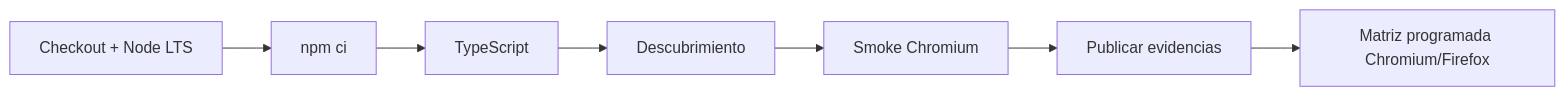
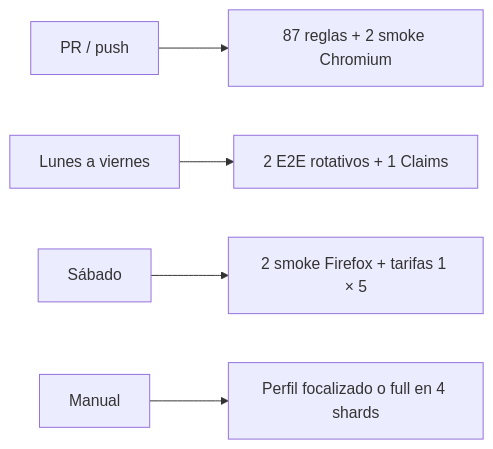
One commit to Automatizacion-WeeCompany/AutomatizacionAF changed the diagram in docs/OPERACION-Y-MANTENIMIENTO.md. Above: the diagram before and after it, drawn with Mermaid. The commit also changed other lines of this file and 66 other files, not shown here.

````diff
--- a/docs/OPERACION-Y-MANTENIMIENTO.md
+++ b/docs/OPERACION-Y-MANTENIMIENTO.md
@@ -85,9 +86,7 @@
 ```mermaid
 flowchart LR
-    A["Checkout + Node LTS"] --> B["npm ci"]
-    B --> C["TypeScript"]
-    C --> D["Descubrimiento"]
-    D --> E["Smoke Chromium"]
-    E --> F["Publicar evidencias"]
-    F --> G["Matriz programada Chromium/Firefox"]
+    A["PR / push"] --> B["87 reglas + 2 smoke Chromium"]
+    C["Lunes a viernes"] --> D["2 E2E rotativos + 1 Claims"]
+    E["Sábado"] --> F["2 smoke Firefox + tarifas 1 × 5"]
+    G["Manual"] --> H["Perfil focalizado o full en 4 shards"]
 ```
````
